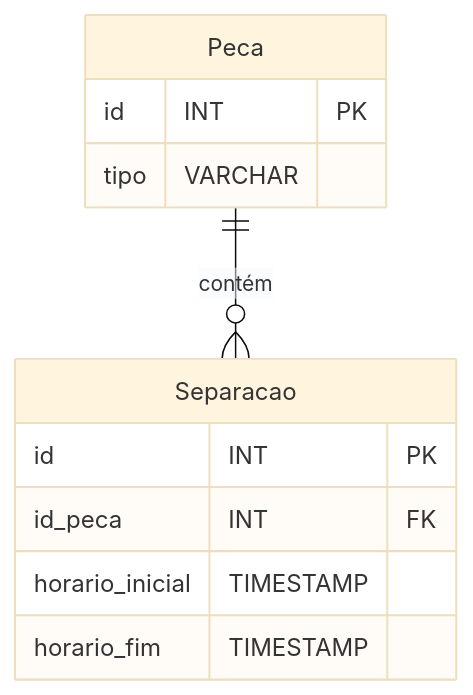
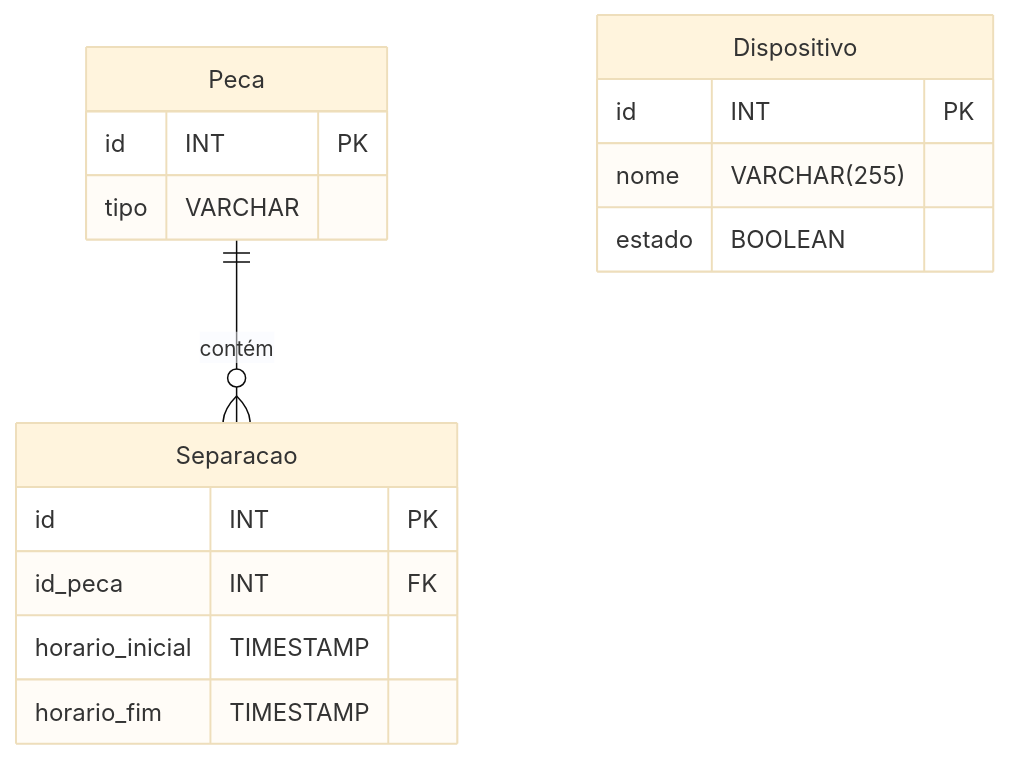
Before and after one commit to ProjetoIntegradorADSSenai/banco-de-dados: the diagram in ModelagemDER.md, drawn with Mermaid (base theme).

Commit message:
Aplicação da tabela Dispositivo no DER

````diff
--- a/ModelagemDER.md
+++ b/ModelagemDER.md
@@ -1,14 +1,20 @@
 ```mermaid
 erDiagram
     Peca ||--o{ Separacao : "contém"
     Peca {
         id INT PK
         tipo VARCHAR
     }
     Separacao {
         id INT PK
         id_peca INT FK
         horario_inicial TIMESTAMP
         horario_fim TIMESTAMP
     }
+
+    Dispositivo {
+        id INT PK
+        nome VARCHAR(255)
+        estado BOOLEAN
+    }
 ```
````
